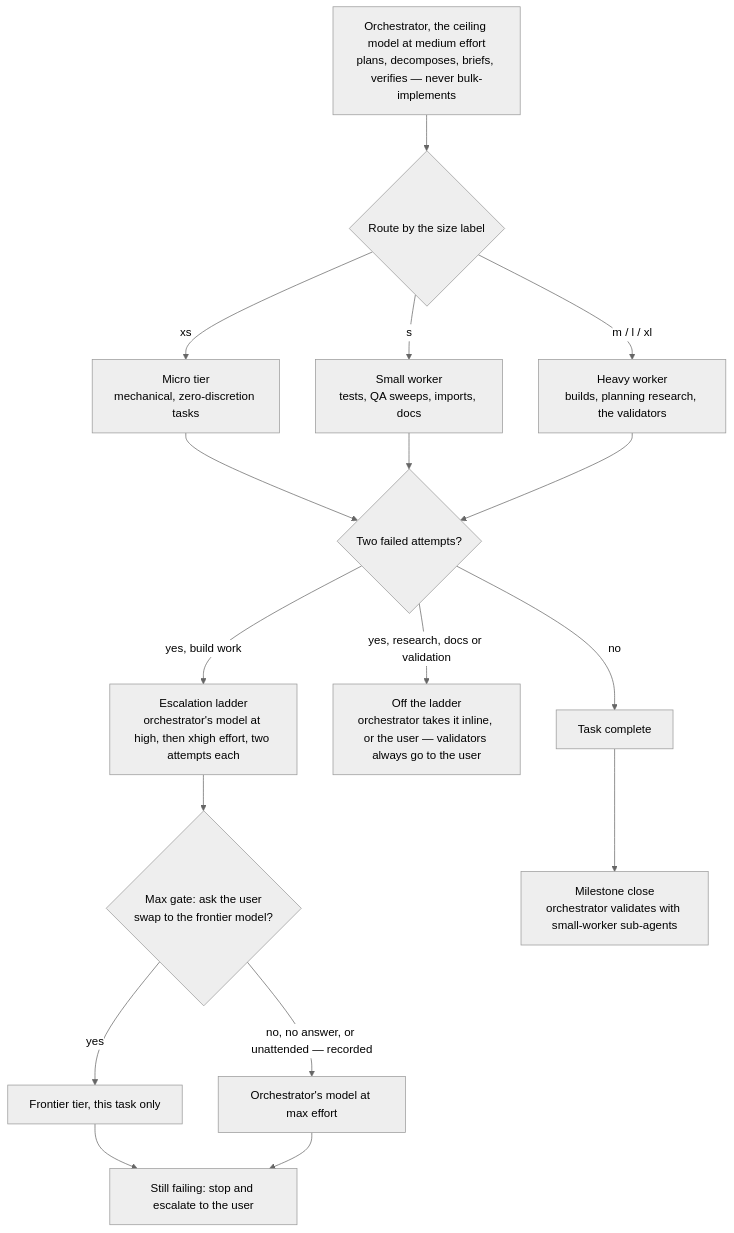
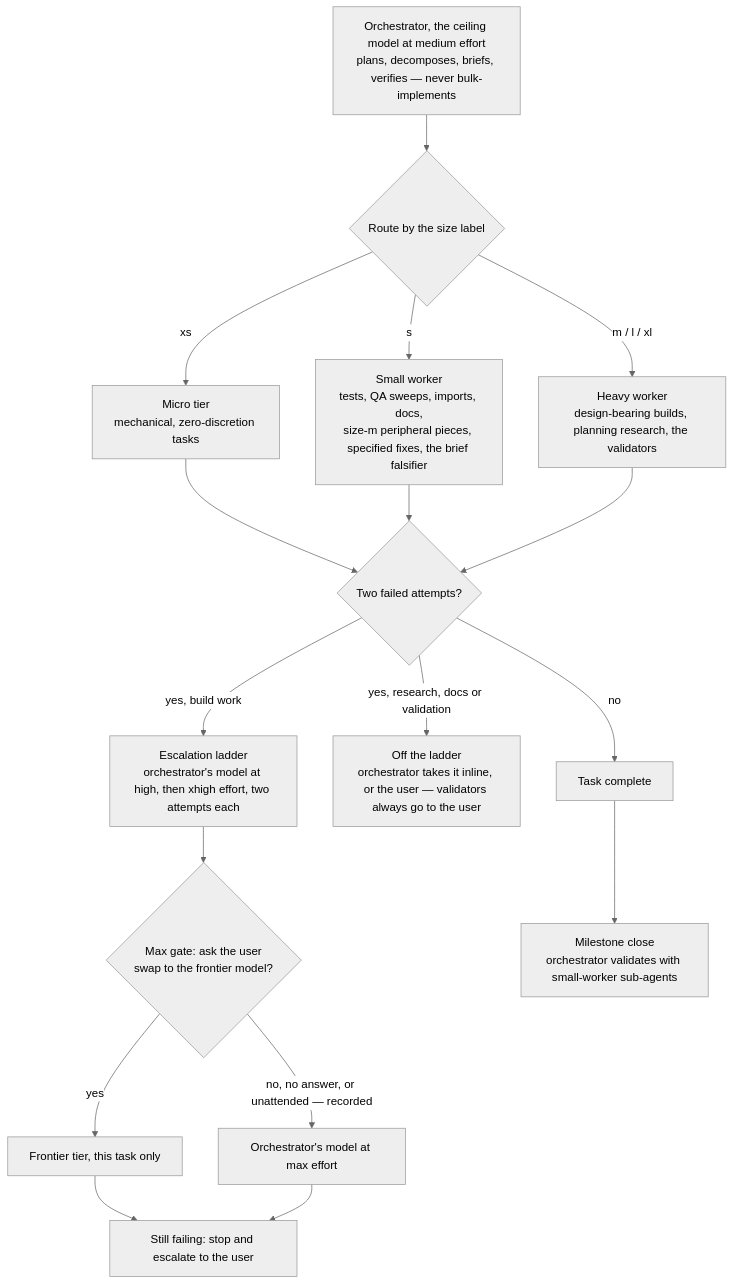
The second of 3 diagrams in README.md (Zenosyne-Technologies/agent-operating-kit), drawn with Mermaid (neutral theme) before and after one commit. The commit also changed other lines of this file and 9 other files, not shown here.

First line of the commit message:
AOS-147: size:m build decomposition, size:m+ brief falsifier, fully-specified corrections to the small tier

````diff
--- a/README.md
+++ b/README.md
@@ -138,19 +138,19 @@
 ```mermaid
 flowchart TD
     O["Orchestrator, the ceiling model at medium effort<br/>plans, decomposes, briefs, verifies — never bulk-implements"] --> R{"Route by the size label"}
     R -->|xs| MI["Micro tier<br/>mechanical, zero-discretion tasks"]
-    R -->|s| SM["Small worker<br/>tests, QA sweeps, imports, docs"]
-    R -->|m / l / xl| HV["Heavy worker<br/>builds, planning research, the validators"]
+    R -->|s| SM["Small worker<br/>tests, QA sweeps, imports, docs,<br/>size-m peripheral pieces, specified fixes, the brief falsifier"]
+    R -->|m / l / xl| HV["Heavy worker<br/>design-bearing builds, planning research, the validators"]
     MI --> X{"Two failed attempts?"}
     SM --> X
     HV --> X
     X -->|yes, build work| EH["Escalation ladder<br/>orchestrator's model at high, then xhigh effort, two attempts each"]
     X -->|yes, research, docs or validation| OL["Off the ladder<br/>orchestrator takes it inline, or the user — validators always go to the user"]
     X -->|no| DN["Task complete"]
     EH --> MG{"Max gate: ask the user<br/>swap to the frontier model?"}
     MG -->|yes| EF["Frontier tier, this task only"]
     MG -->|no, no answer, or unattended — recorded| EM["Orchestrator's model at max effort"]
     EF --> ST["Still failing: stop and escalate to the user"]
     EM --> ST
     DN --> MS["Milestone close<br/>orchestrator validates with small-worker sub-agents"]
 ```
````
